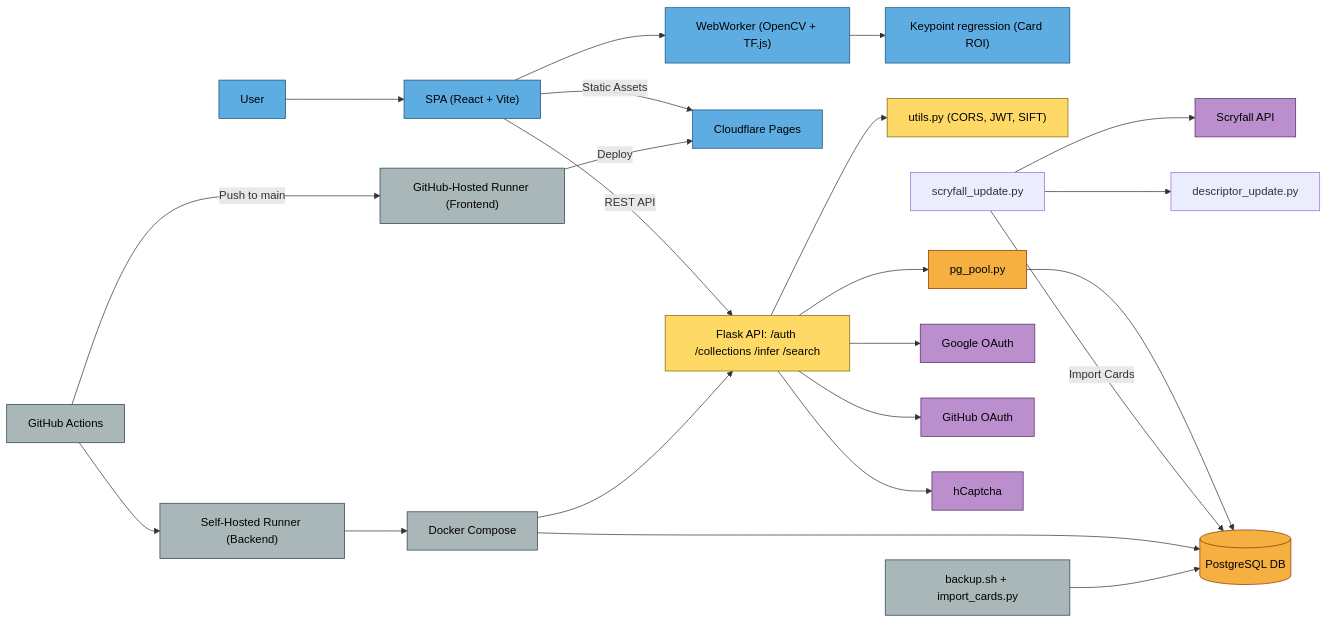
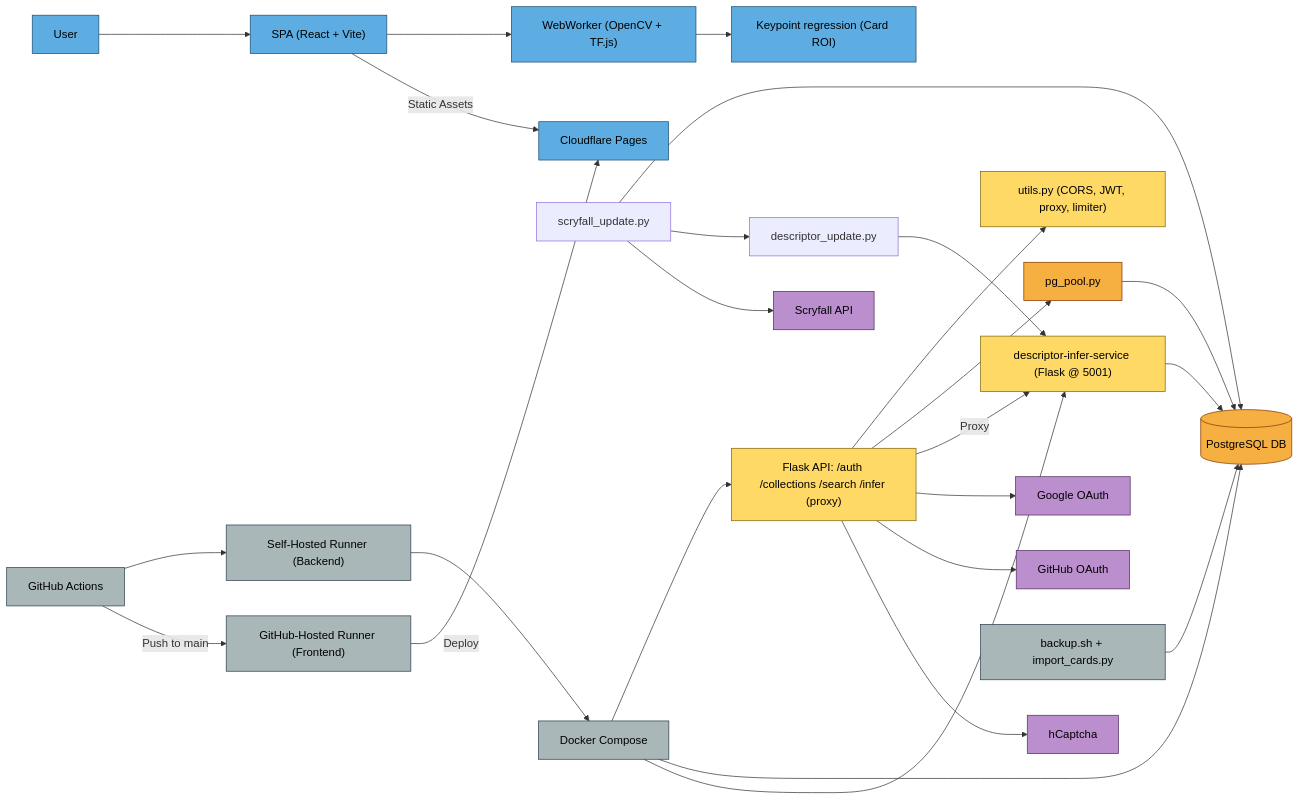
The diagram in DesignDocument.md (mtgscan-cards/monolithic), drawn with Mermaid before and after one commit. The commit also changed other lines of this file and 58 other files, not shown here.

First line of the commit message:
feat: Implement isolated inference microservice functionality with base backend proxy forwarding

````diff
--- a/DesignDocument.md
+++ b/DesignDocument.md
@@ -228,69 +195,66 @@
 ```mermaid
 graph LR
 
-%% === CLIENT (LEFT) ===
 User["User"]
 SPA["SPA (React + Vite)"]
 Worker["WebWorker (OpenCV + TF.js)"]
 Model["Keypoint regression (Card ROI)"]
 FrontendHost["Cloudflare Pages"]
 
 User --> SPA --> Worker --> Model
 SPA -->|Static Assets| FrontendHost
 
-%% === BACKEND API ===
-API["Flask API: /auth /collections /infer /search"]
-Utils["utils.py (CORS, JWT, SIFT)"]
+API["Flask API: /auth /collections /search /infer (proxy)"]
+Utils["utils.py (CORS, JWT, proxy, limiter)"]
 API --> Utils
 
-SPA -->|REST API| API
-
-%% === DATABASE ===
 PG[(PostgreSQL DB)]
 Pool["pg_pool.py"]
 API --> Pool --> PG
 
-%% === BACKGROUND JOB ===
+Infer["descriptor-infer-service (Flask @ 5001)"]
+Infer --> PG
+API -->|Proxy| Infer
+
 ScryfallJob["scryfall_update.py"]
 DescriptorJob["descriptor_update.py"]
-ScryfallJob -->|Import Cards| PG
+ScryfallJob --> PG
 ScryfallJob --> DescriptorJob
+DescriptorJob --> Infer
 
-%% === EXTERNAL ===
 OAuthGoogle["Google OAuth"]
 OAuthGitHub["GitHub OAuth"]
 hCaptcha["hCaptcha"]
 Scryfall["Scryfall API"]
 
 API --> OAuthGoogle
 API --> OAuthGitHub
 API --> hCaptcha
 ScryfallJob --> Scryfall
 
-%% === CI/CD + INFRA (RIGHT) ===
 CI["GitHub Actions"]
 Runner["Self-Hosted Runner (Backend)"]
 RunnerCF["GitHub-Hosted Runner (Frontend)"]
 Compose["Docker Compose"]
 Maint["backup.sh + import_cards.py"]
 
 CI --> Runner --> Compose
 CI -->|Push to main| RunnerCF -->|Deploy| FrontendHost
 Compose --> API
 Compose --> PG
+Compose --> Infer
 Maint --> PG
 
-%% === STYLES ===
 classDef client fill:#5dade2,stroke:#1b4f72,color:#000;
 classDef backend fill:#ffd966,stroke:#7d6608,color:#000;
 classDef db fill:#f5b041,stroke:#873600,color:#000;
 classDef external fill:#bb8fce,stroke:#512e5f,color:#000;
 classDef infra fill:#aab7b8,stroke:#2c3e50,color:#000;
 classDef frontend fill:#58d68d,stroke:#145a32,color:#000;
 
 class User,SPA,Worker,Model,FrontendHost client;
-class API,Utils backend;
+class API,Utils,Infer backend;
 class Pool,PG db;
 class OAuthGoogle,OAuthGitHub,hCaptcha,Scryfall external;
 class CI,Runner,RunnerCF,Compose,Maint infra;
 ```
````
